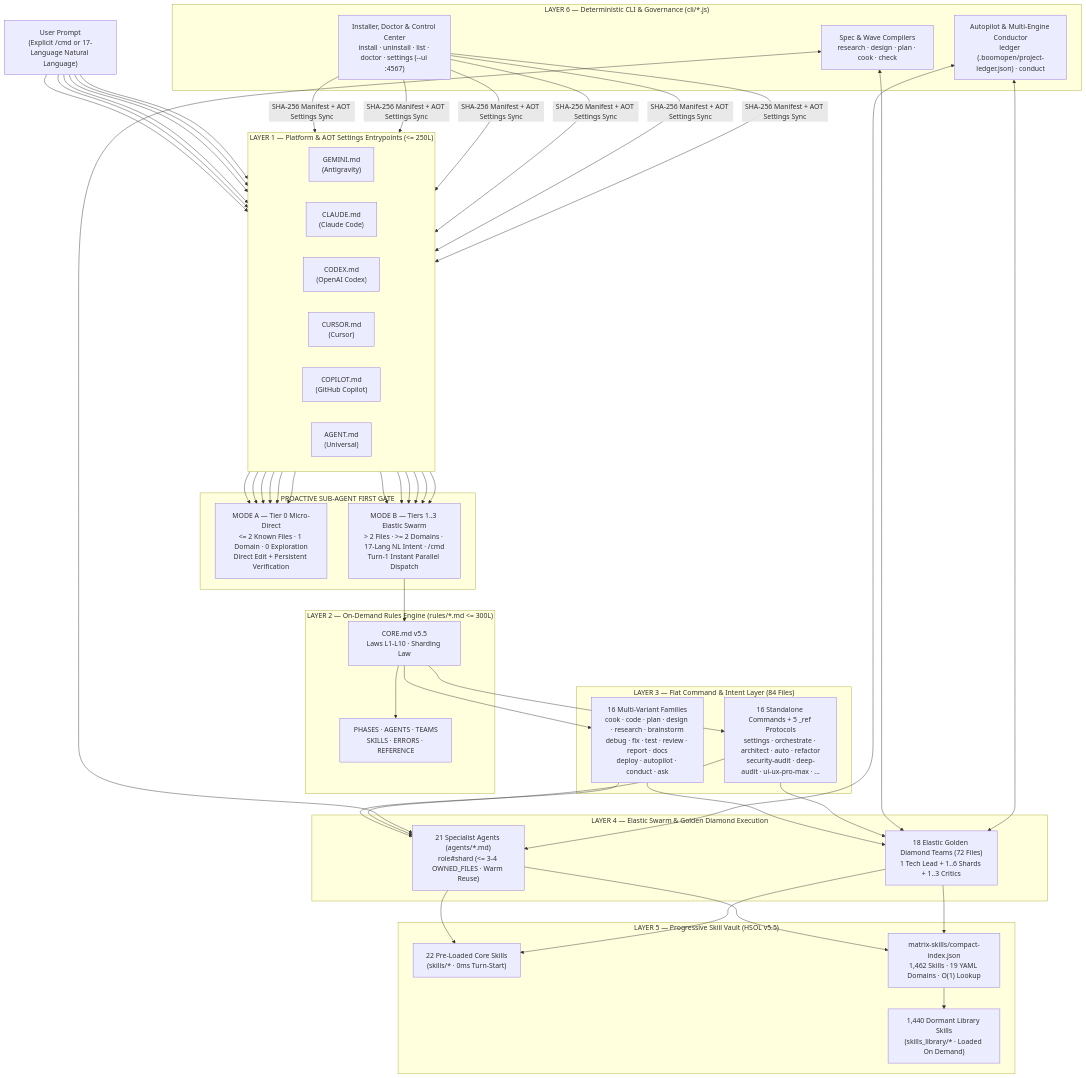
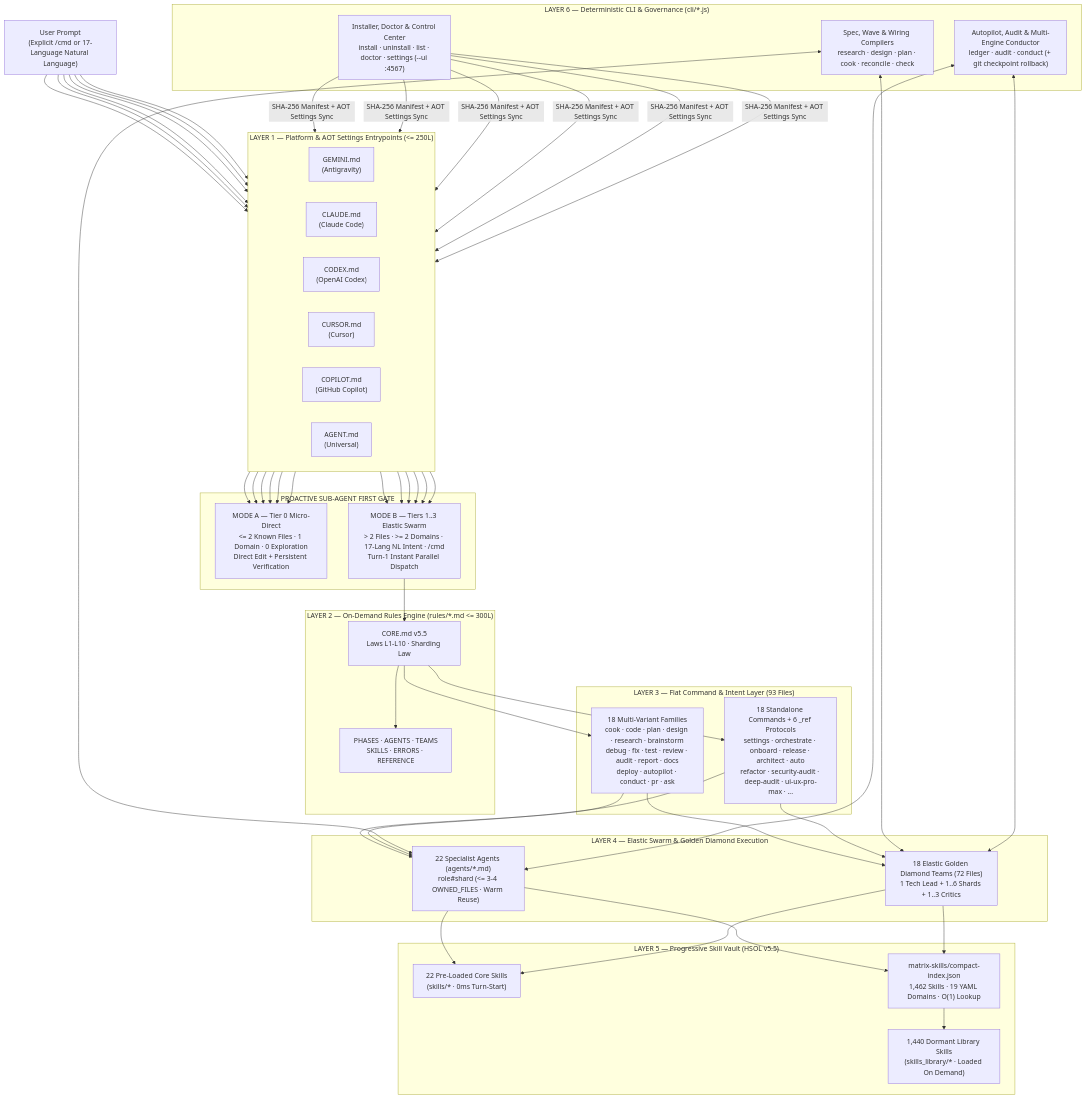
One commit to Kennyboom/BoomOpen-Workflow-Kit-Pro changed the diagram in documents/knowledge-architecture/01-system-overview.md. Above: the diagram before and after it, drawn with Mermaid. The commit also changed other lines of this file and 99 other files, not shown here.

````diff
--- a/documents/knowledge-architecture/01-system-overview.md
+++ b/documents/knowledge-architecture/01-system-overview.md
@@ -60,56 +60,56 @@
 ```mermaid
 graph TB
     USER["User Prompt<br/>(Explicit /cmd or 17-Language Natural Language)"]
 
     subgraph "LAYER 1 — Platform & AOT Settings Entrypoints (<= 250L)"
         direction LR
         EP_AG["GEMINI.md<br/>(Antigravity)"]
         EP_CL["CLAUDE.md<br/>(Claude Code)"]
         EP_CX["CODEX.md<br/>(OpenAI Codex)"]
         EP_CU["CURSOR.md<br/>(Cursor)"]
         EP_CP["COPILOT.md<br/>(GitHub Copilot)"]
         EP_GEN["AGENT.md<br/>(Universal)"]
     end
 
     subgraph "PROACTIVE SUB-AGENT FIRST GATE"
         MODE_A["MODE A — Tier 0 Micro-Direct<br/><= 2 Known Files · 1 Domain · 0 Exploration<br/>Direct Edit + Persistent Verification"]
         MODE_B["MODE B — Tiers 1..3 Elastic Swarm<br/>> 2 Files · >= 2 Domains · 17-Lang NL Intent · /cmd<br/>Turn-1 Instant Parallel Dispatch"]
     end
 
     subgraph "LAYER 2 — On-Demand Rules Engine (rules/*.md <= 300L)"
         CORE["CORE.md v5.5<br/>Laws L1-L10 · Sharding Law"]
         RULES_OD["PHASES · AGENTS · TEAMS<br/>SKILLS · ERRORS · REFERENCE"]
     end
 
-    subgraph "LAYER 3 — Flat Command & Intent Layer (84 Files)"
-        CMD_FAM["16 Multi-Variant Families<br/>cook · code · plan · design · research · brainstorm<br/>debug · fix · test · review · report · docs<br/>deploy · autopilot · conduct · ask"]
-        CMD_STD["16 Standalone Commands + 5 _ref Protocols<br/>settings · orchestrate · architect · auto · refactor<br/>security-audit · deep-audit · ui-ux-pro-max · ..."]
+    subgraph "LAYER 3 — Flat Command & Intent Layer (93 Files)"
+        CMD_FAM["18 Multi-Variant Families<br/>cook · code · plan · design · research · brainstorm<br/>debug · fix · test · review · audit · report · docs<br/>deploy · autopilot · conduct · pr · ask"]
+        CMD_STD["18 Standalone Commands + 6 _ref Protocols<br/>settings · orchestrate · onboard · release · architect · auto<br/>refactor · security-audit · deep-audit · ui-ux-pro-max · ..."]
     end
 
     subgraph "LAYER 4 — Elastic Swarm & Golden Diamond Execution"
-        SHARDS["21 Specialist Agents (agents/*.md)<br/>role#shard (<= 3-4 OWNED_FILES · Warm Reuse)"]
+        SHARDS["22 Specialist Agents (agents/*.md)<br/>role#shard (<= 3-4 OWNED_FILES · Warm Reuse)"]
         DIAMOND["18 Elastic Golden Diamond Teams (72 Files)<br/>1 Tech Lead + 1..6 Shards + 1..3 Critics"]
     end
 
     subgraph "LAYER 5 — Progressive Skill Vault (HSOL v5.5)"
         CORE_SK["22 Pre-Loaded Core Skills<br/>(skills/* · 0ms Turn-Start)"]
         INDEX["matrix-skills/compact-index.json<br/>1,462 Skills · 19 YAML Domains · O(1) Lookup"]
         VAULT["1,440 Dormant Library Skills<br/>(skills_library/* · Loaded On Demand)"]
     end
 
     subgraph "LAYER 6 — Deterministic CLI & Governance (cli/*.js)"
-        VALIDATORS["Spec & Wave Compilers<br/>research · design · plan · cook · check"]
-        ORCH_CLI["Autopilot & Multi-Engine Conductor<br/>ledger (.boomopen/project-ledger.json) · conduct"]
+        VALIDATORS["Spec, Wave & Wiring Compilers<br/>research · design · plan · cook · reconcile · check"]
+        ORCH_CLI["Autopilot, Audit & Multi-Engine Conductor<br/>ledger · audit · conduct (+ git checkpoint rollback)"]
         INSTALL_CLI["Installer, Doctor & Control Center<br/>install · uninstall · list · doctor · settings (--ui :4567)"]
     end
 
     USER --> EP_AG & EP_CL & EP_CX & EP_CU & EP_CP & EP_GEN
     EP_AG & EP_CL & EP_CX & EP_CU & EP_CP & EP_GEN --> MODE_A & MODE_B
     MODE_B --> CORE --> RULES_OD
     CORE --> CMD_FAM & CMD_STD
     CMD_FAM & CMD_STD --> SHARDS & DIAMOND
     SHARDS & DIAMOND --> CORE_SK & INDEX
     INDEX --> VAULT
     VALIDATORS & ORCH_CLI <--> SHARDS & DIAMOND
     INSTALL_CLI -->|"SHA-256 Manifest + AOT Settings Sync"| EP_AG & EP_CL & EP_CX & EP_CU & EP_CP & EP_GEN
 ```
````
